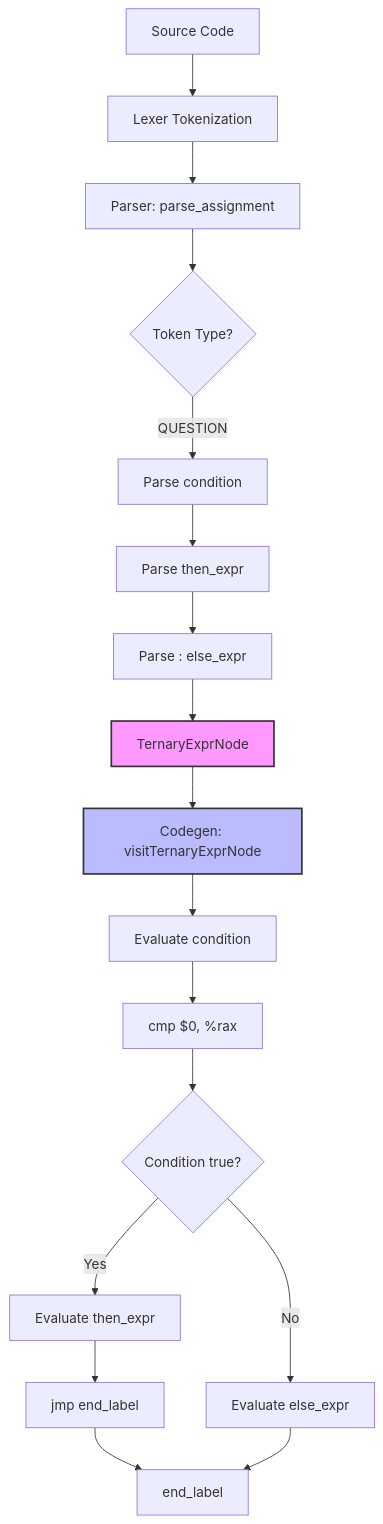
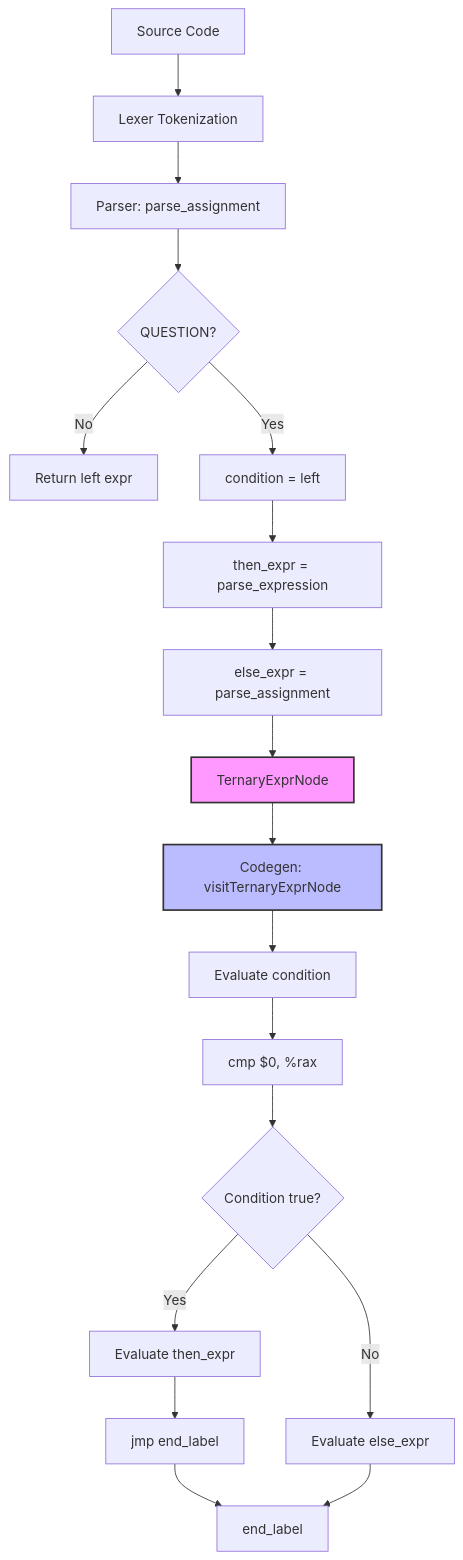
The diagram in 0007-ternary/README.md (juno-yu/simple-howto-c-compiler-ximplec), drawn with Mermaid before and after one commit. The commit also changed other lines of this file and 131 other files, not shown here.

````diff
--- a/0007-ternary/README.md
+++ b/0007-ternary/README.md
@@ -35,22 +36,23 @@
 ```mermaid
 flowchart TD
     A[Source Code] --> B[Lexer Tokenization]
     B --> C[Parser: parse_assignment]
-    C --> D{Token Type?}
-    D -->|QUESTION| E[Parse condition]
-    E --> F[Parse then_expr]
-    F --> G[Parse : else_expr]
-    G --> H[TernaryExprNode]
-    H --> I[Codegen: visitTernaryExprNode]
-    I --> J[Evaluate condition]
-    J --> K[cmp $0, %rax]
-    K --> L{Condition true?}
-    L -->|Yes| M[Evaluate then_expr]
-    M --> N[jmp end_label]
-    L -->|No| O[Evaluate else_expr]
-    N --> P[end_label]
-    O --> P
+    C --> D{QUESTION?}
+    D -->|No| E[Return left expr]
+    D -->|Yes| F[condition = left]
+    F --> G[then_expr = parse_expression]
+    G --> H[else_expr = parse_assignment]
+    H --> I[TernaryExprNode]
+    I --> J[Codegen: visitTernaryExprNode]
+    J --> K[Evaluate condition]
+    K --> L[cmp $0, %rax]
+    L --> M{Condition true?}
+    M -->|Yes| N[Evaluate then_expr]
+    N --> O[jmp end_label]
+    M -->|No| P[Evaluate else_expr]
+    O --> Q[end_label]
+    P --> Q
 
-    style H fill:#f9f,stroke:#333,stroke-width:2px
-    style I fill:#bbf,stroke:#333,stroke-width:2px
+    style I fill:#f9f,stroke:#333,stroke-width:2px
+    style J fill:#bbf,stroke:#333,stroke-width:2px
 ```
````
